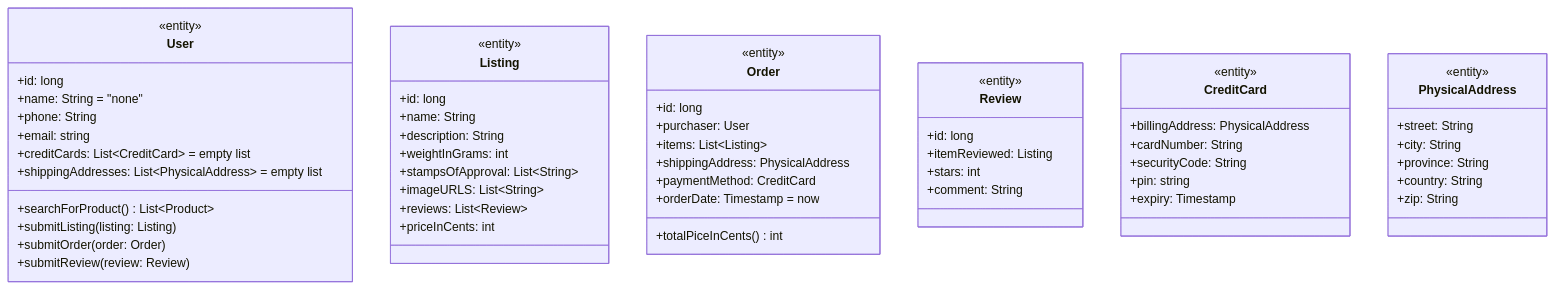
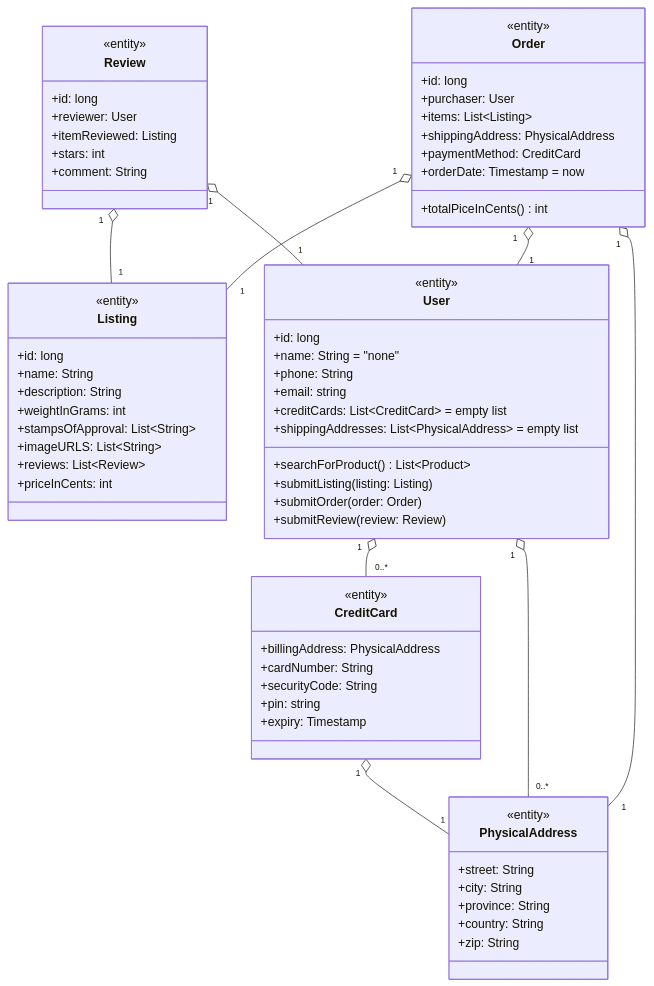
One commit to cliserkad/ecommerce_prototype changed the diagram in submittable/system_requirements_document.md. Above: the diagram before and after it, drawn with Mermaid.

Commit message:
add multiplicity to class diagram in system reqs

````diff
--- a/submittable/system_requirements_document.md
+++ b/submittable/system_requirements_document.md
@@ -69,66 +69,78 @@
 ```mermaid
 classDiagram
+    direction TD
+    
+    Review "1" o-- "1" Listing
+    Order "1" o-- "1" Listing
+    CreditCard "1" o-- "1" PhysicalAddress
+    User "1" o-- "0..*" CreditCard
+    User "1" o-- "0..*" PhysicalAddress
+    Review "1" o-- "1" User
+    Order "1" o-- "1" User
+    Order "1" o-- "1" PhysicalAddress
+    
     class User {
         <<entity>>
         +id: long
         +name: String = "none"
         +phone: String
         +email: string
         +creditCards: List&ltCreditCard&gt = empty list
         +shippingAddresses: List&ltPhysicalAddress&gt = empty list
         +searchForProduct() List&ltProduct&gt
         +submitListing(listing: Listing)
         +submitOrder(order: Order)
         +submitReview(review: Review)
     }
     
     class Listing {
         <<entity>>
         +id: long
         +name: String
         +description: String
         +weightInGrams: int
         +stampsOfApproval: List&ltString&gt
         +imageURLS: List&ltString&gt
         +reviews: List&ltReview&gt
         +priceInCents: int
     }
     
     class Order {
         <<entity>>
         +id: long
         +purchaser: User
         +items: List&ltListing&gt
         +shippingAddress: PhysicalAddress
         +paymentMethod: CreditCard
         +orderDate: Timestamp = now
         +totalPiceInCents() int
     }
     
     class Review {
         <<entity>>
         +id: long
+        +reviewer: User
         +itemReviewed: Listing
         +stars: int
         +comment: String
     }
     
     class CreditCard {
         <<entity>>
         +billingAddress: PhysicalAddress
         +cardNumber: String
         +securityCode: String
         +pin: string
         +expiry: Timestamp
     }
     
     class PhysicalAddress {
         <<entity>>
         +street: String
         +city: String
         +province: String
         +country: String
         +zip: String
     }
     
 ```
````
